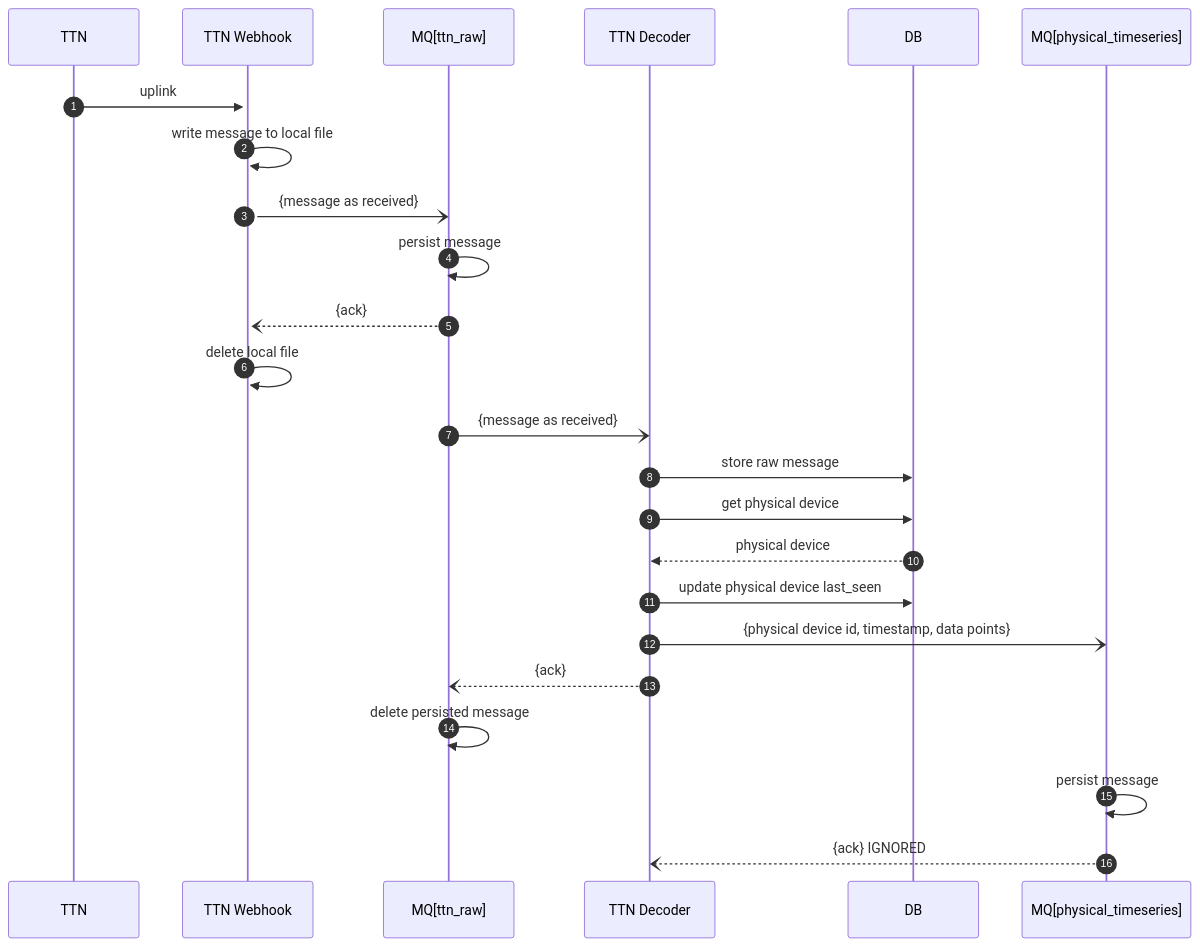
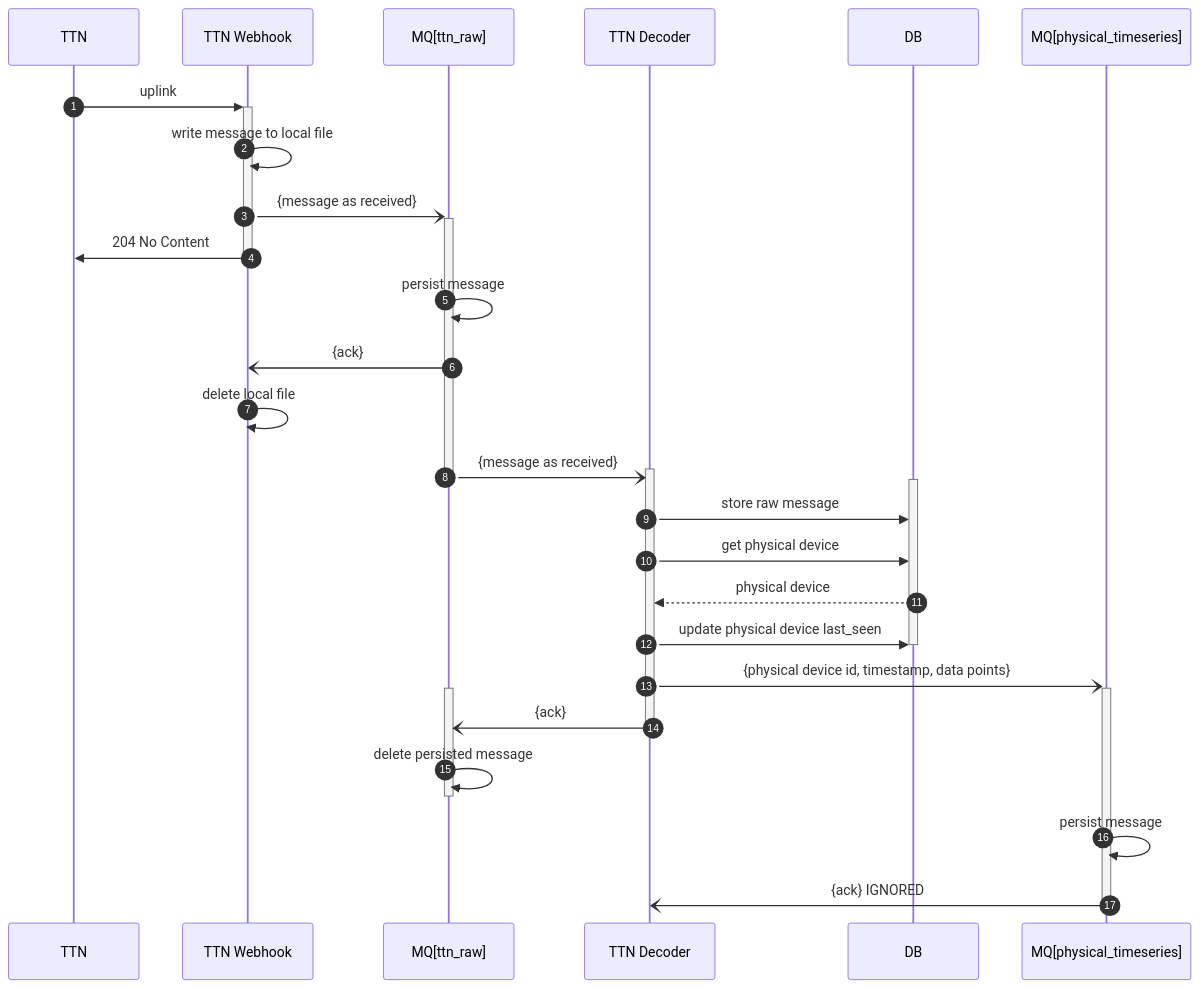
One commit to DPIclimate/broker changed the diagram in doc/ttn_seq_1.mmd. Above: the diagram before and after it, drawn with Mermaid. The commit also changed 3 other files, not shown here.

Commit message:
Updated sequence diagrams.

```diff
--- a/doc/ttn_seq_1.mmd
+++ b/doc/ttn_seq_1.mmd
@@ -1,24 +1,31 @@
 sequenceDiagram
     autonumber
     participant TTN
     participant TWH as TTN Webhook
     participant MQr as MQ[ttn_raw]
     participant TDC as TTN Decoder
     participant DB
     participant MQp as MQ[physical_timeseries]
     TTN->>+TWH: uplink
     TWH->>TWH: write message to local file
-    TWH-)MQr: {message as received}
+    TWH-)+MQr: {message as received}
+    TWH->>-TTN: 204 No Content
     MQr->>MQr: persist message
-    MQr--)TWH: {ack}
+    MQr-)TWH: {ack}
     TWH->>TWH: delete local file
-    MQr-)TDC: {message as received}
+    MQr-)+TDC: {message as received}
+    deactivate MQr
+    activate DB
     TDC->>DB: store raw message
     TDC->>DB: get physical device
     DB-->>TDC: physical device
     TDC->>DB: update physical device last_seen
-    TDC-)MQp: {physical device id, timestamp, data points}
-    TDC--)MQr: {ack}
+    deactivate DB
+    TDC-)+MQp: {physical device id, timestamp, data points}
+    activate MQr
+    TDC-)MQr: {ack}
+    deactivate TDC
     MQr->>MQr: delete persisted message
+    deactivate MQr
     MQp->>MQp: persist message
-    MQp--)TDC: {ack} IGNORED
+    MQp-)-TDC: {ack} IGNORED
```
